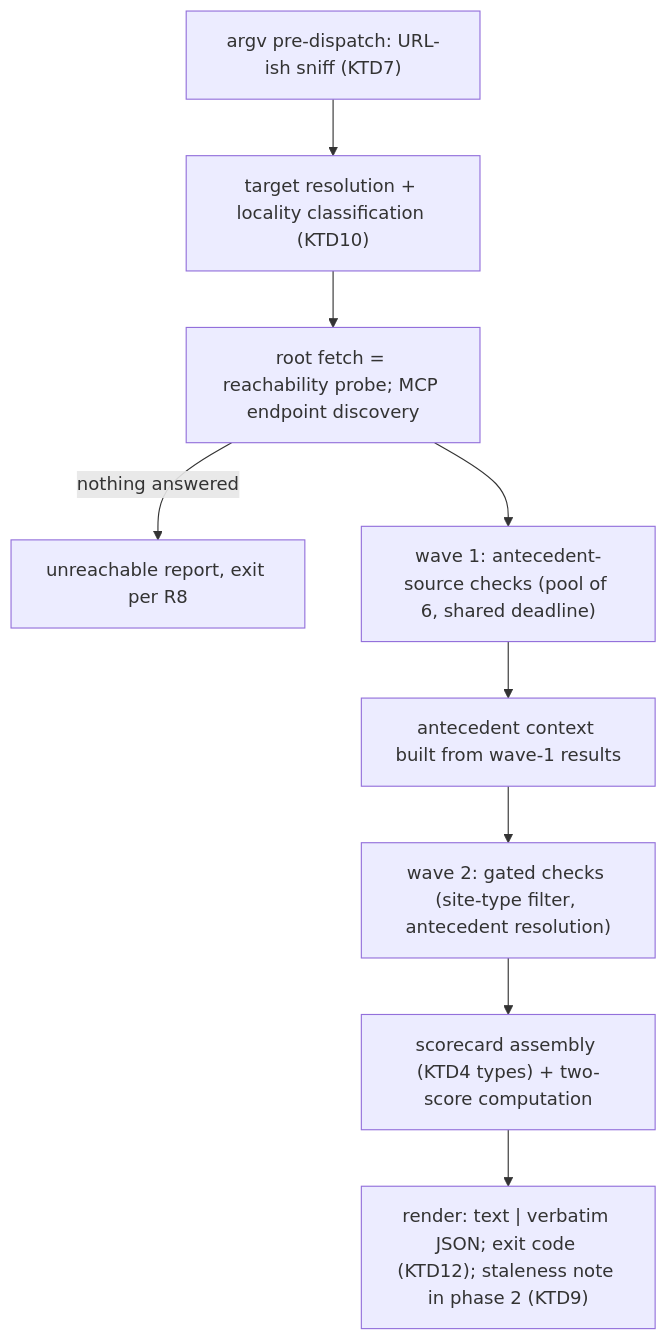
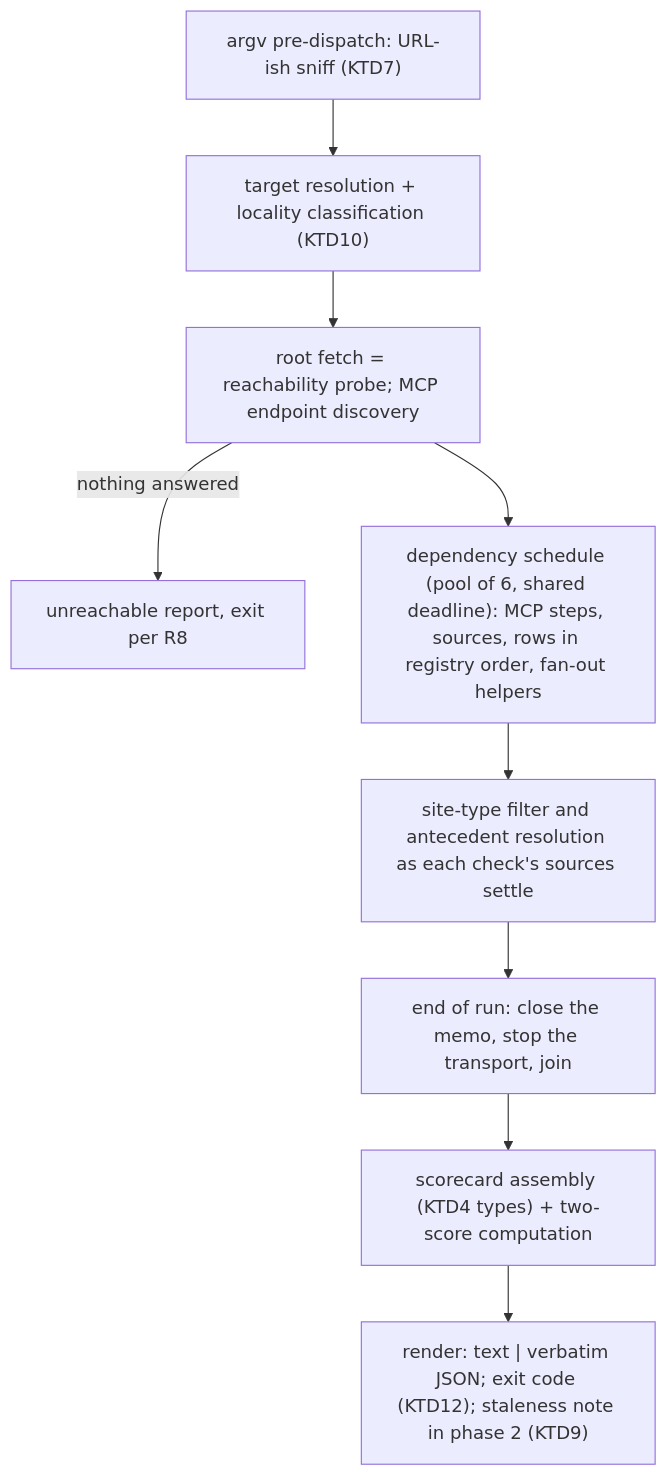
Before and after one commit to brettdavies/agentnative-cli: the second of 4 diagrams in docs/plans/2026-09-01-1611-feat-local-web-audit-plan.md, drawn with Mermaid. The commit also changed other lines of this file, not shown here.

First line of the commit message:
docs(plans): draw the dependency schedule and the structured end of a run

````diff
--- a/docs/plans/2026-09-01-1611-feat-local-web-audit-plan.md
+++ b/docs/plans/2026-09-01-1611-feat-local-web-audit-plan.md
@@ -818,11 +829,11 @@
 ```mermaid
 flowchart TB
   A["argv pre-dispatch: URL-ish sniff (KTD7)"] --> B["target resolution + locality classification (KTD10)"]
   B --> C["root fetch = reachability probe; MCP endpoint discovery"]
   C -->|nothing answered| U["unreachable report, exit per R8"]
-  C --> D["wave 1: antecedent-source checks (pool of 6, shared deadline)"]
-  D --> E["antecedent context built from wave-1 results"]
-  E --> F["wave 2: gated checks (site-type filter, antecedent resolution)"]
+  C --> D["dependency schedule (pool of 6, shared deadline): MCP steps, sources, rows in registry order, fan-out helpers"]
+  D --> E["site-type filter and antecedent resolution as each check's sources settle"]
+  E --> F["end of run: close the memo, stop the transport, join"]
   F --> G["scorecard assembly (KTD4 types) + two-score computation"]
   G --> H["render: text | verbatim JSON; exit code (KTD12); staleness note in phase 2 (KTD9)"]
 ```
````
